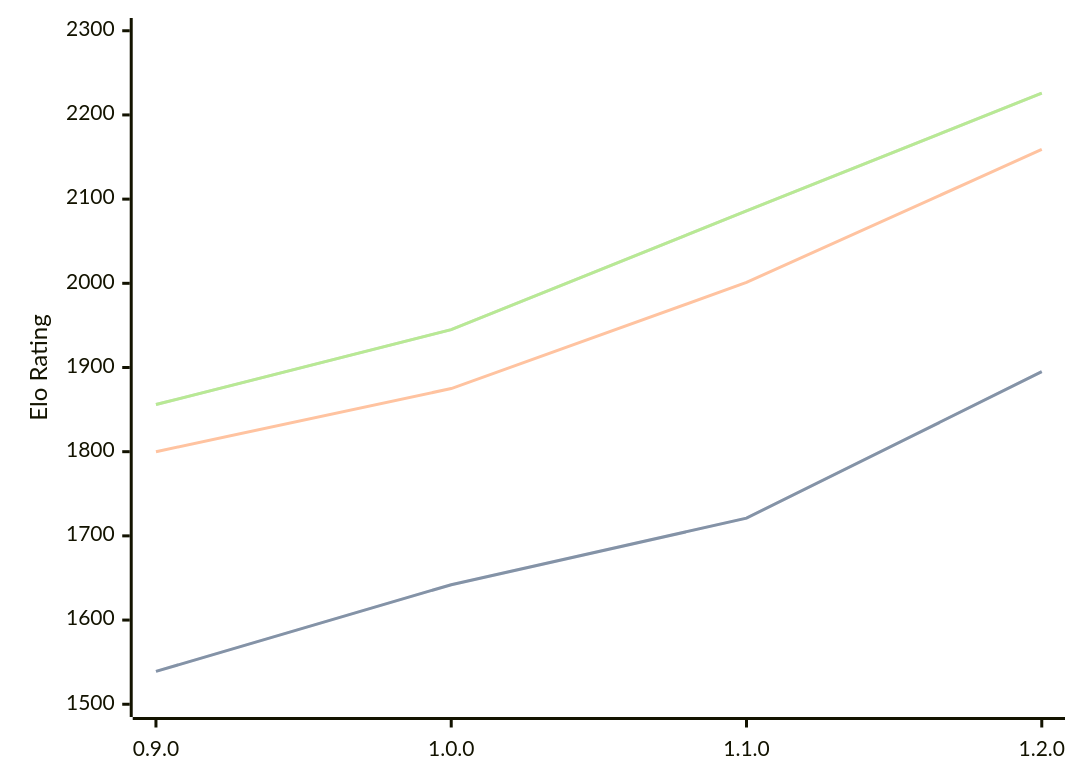
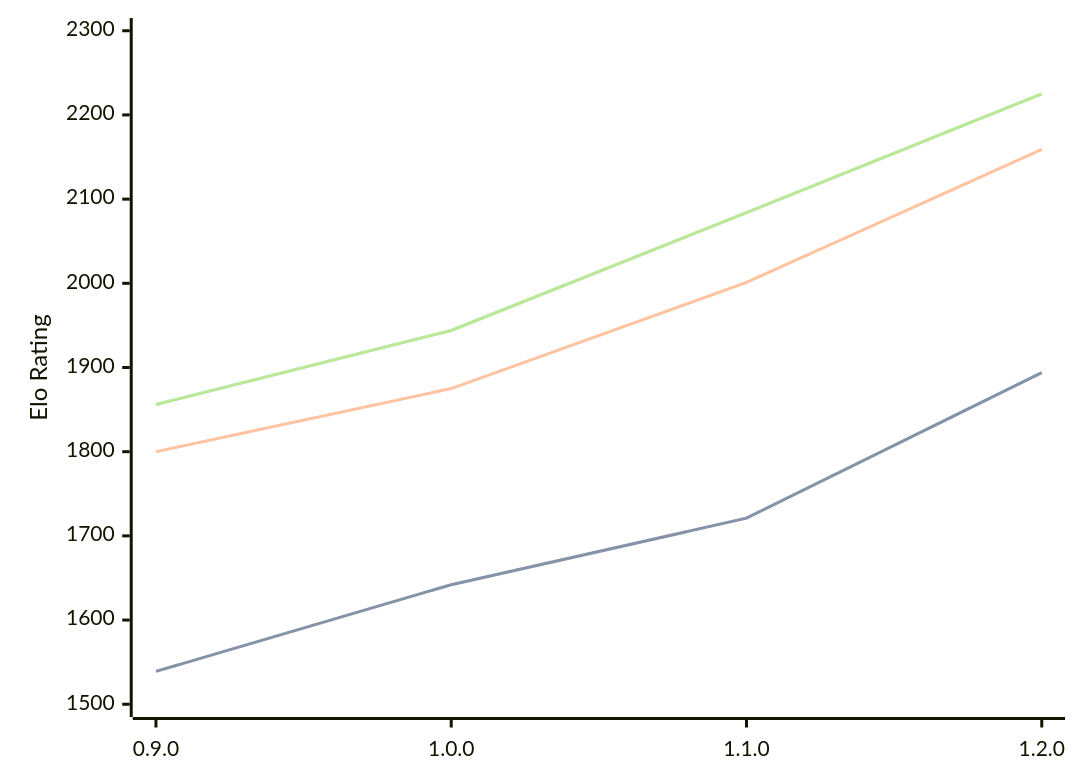
The diagram in engines/Ratsu.md (computer-chess-index/cci), drawn with Mermaid before and after one commit. The commit also changed other lines of this file, not shown here.

Commit message:
Update CCI Ratings (ELO VLTC) - 2026-06-10

````diff
--- a/engines/Ratsu.md
+++ b/engines/Ratsu.md
@@ -35,11 +35,11 @@
 ```mermaid
 %%{init: {"theme":"base","themeVariables":{"seriesColors:['#a3a3a3','#222221','#faa371']}}}%%
 xychart-beta
   x-axis ["0.9.0", "1.0.0", "1.1.0", "1.2.0"]
   y-axis "Elo Rating" 1500 --> 2300
-  line "STC (8.0+0.08s)" [1539, 1642, 1721, 1895]
-  line "STC (8.0+0.08s)" [1539, 1642, 1721, 1895]
+  line "STC (8.0+0.08s)" [1539, 1642, 1721, 1894]
+  line "STC (8.0+0.08s)" [1539, 1642, 1721, 1894]
   line "LTC (60.0+0.60s)" [1800, 1875, 2001, 2159]
-  line "VLTC (2m24s+1.12s)" [1856, 1945, 2086, 2226]
-  line "VLTC (2m24s+1.12s)" [1856, 1945, 2086, 2226]
+  line "VLTC (2m24s+1.12s)" [1856, 1944, 2084, 2225]
+  line "VLTC (2m24s+1.12s)" [1856, 1944, 2084, 2225]
 ```
````
